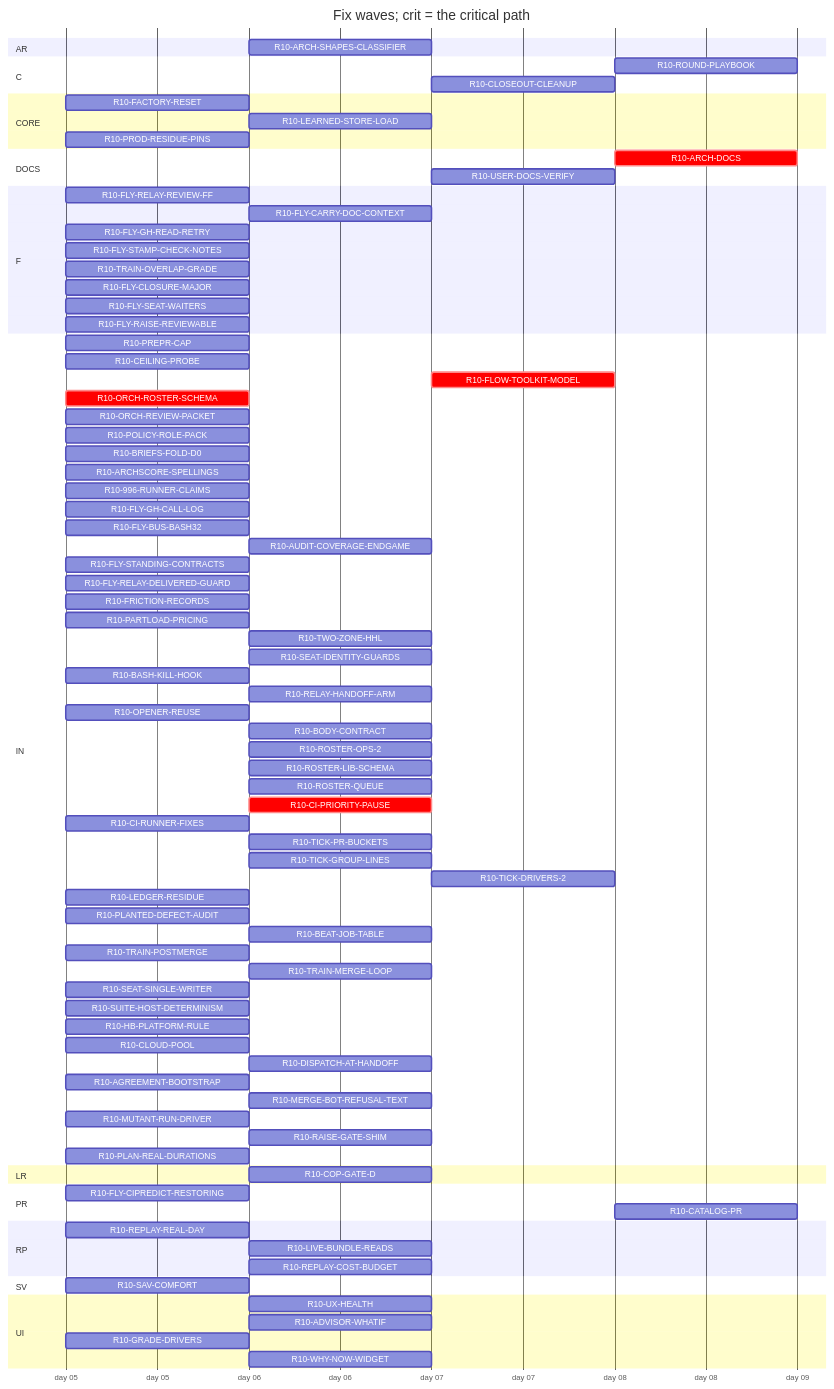
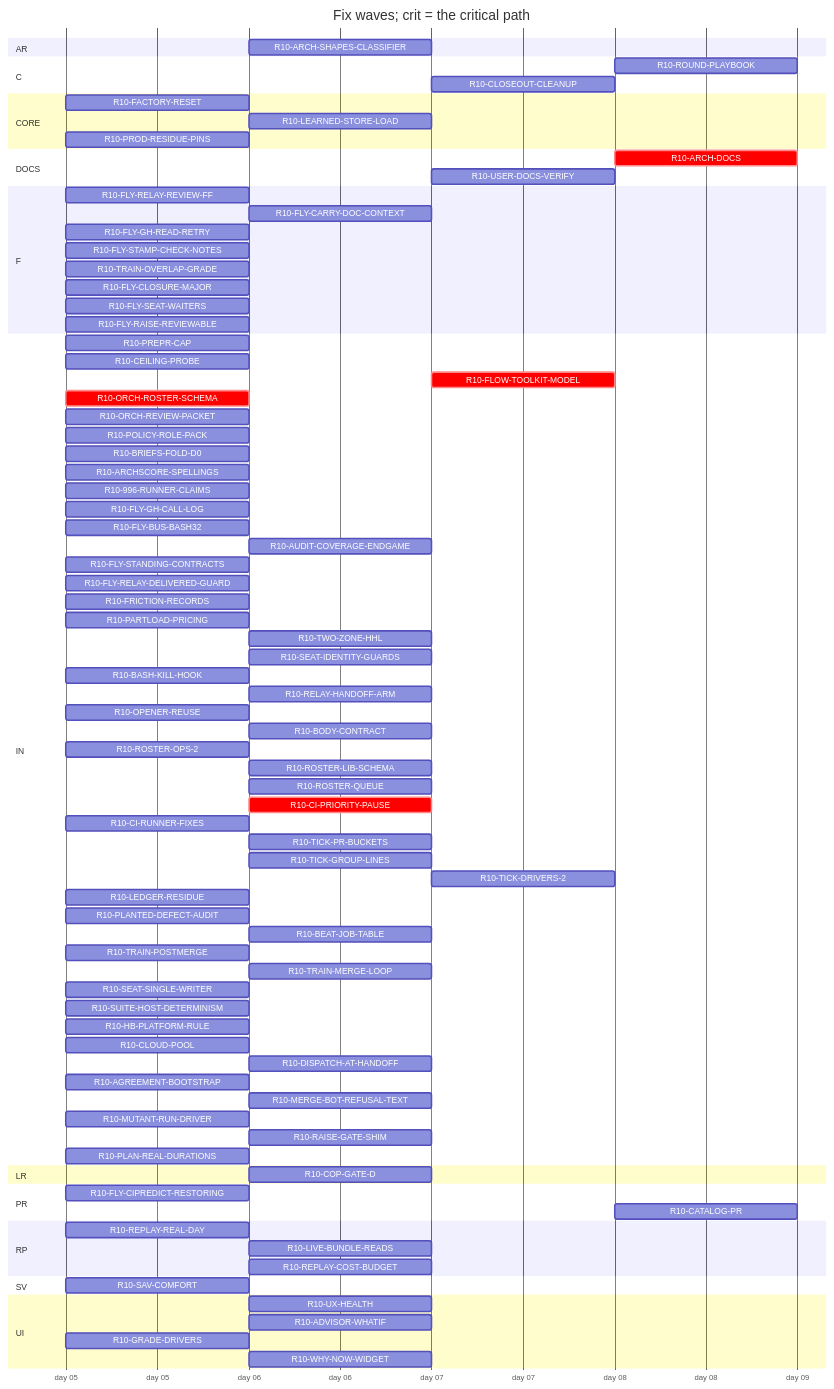
One commit to tvofi/heatpump_optimizer changed the diagram in handoff/round10/state/PLAN-TABLE.md. Above: the diagram before and after it, drawn with Mermaid. The commit also changed other lines of this file and 4 other files, not shown here.

Commit message:
state: FLOW-BOARD.md, NEXT-SESSION-PROMPT.md, PLAN-TABLE.md, PLAN.html, RESUME-CURRENT.md regenerated (state_docs.py)

```diff
--- a/handoff/round10/state/PLAN-TABLE.md
+++ b/handoff/round10/state/PLAN-TABLE.md
@@ -70,7 +70,7 @@
     R10-RELAY-HANDOFF-ARM :r10RELAYHANDOFFARM, after r10FLYRELAYREVIEWFF, 1d
     R10-OPENER-REUSE :r10OPENERREUSE, 2026-01-05, 1d
     R10-BODY-CONTRACT :r10BODYCONTRACT, after r10FLYRELAYREVIEWFF r10MUTANTRUNDRIVER, 1d
-    R10-ROSTER-OPS-2 :r10ROSTEROPS2, after r10ORCHROSTERSCHEMA, 1d
+    R10-ROSTER-OPS-2 :r10ROSTEROPS2, 2026-01-05, 1d
     R10-ROSTER-LIB-SCHEMA :r10ROSTERLIBSCHEMA, after r10ORCHROSTERSCHEMA, 1d
     R10-ROSTER-QUEUE :r10ROSTERQUEUE, after r10ORCHROSTERSCHEMA, 1d
     R10-CI-PRIORITY-PAUSE :crit, r10CIPRIORITYPAUSE, after r10ORCHROSTERSCHEMA, 1d
```
